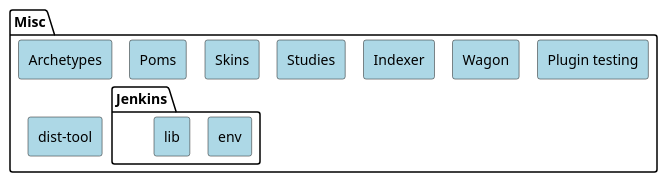
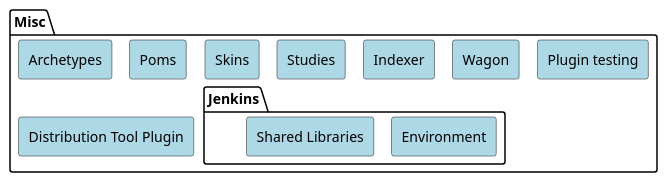
The diagram in src/plantuml/maven-sources/misc.puml (apache/maven-site), drawn with PlantUML before and after one commit. The commit also changed 1 other file, not shown here.

```diff
--- a/src/plantuml/maven-sources/misc.puml
+++ b/src/plantuml/maven-sources/misc.puml
@@ -19,48 +19,48 @@
 @startuml
 !pragma layout smetana
 
 <style>
     rectangle {
         BackgroundColor LightBlue
     }
 }
 </style>
 
 package Misc {
   rectangle Archetypes
   rectangle Poms
   rectangle Skins
   rectangle Studies
   rectangle Indexer
   rectangle Wagon
   rectangle "Plugin testing"
-  rectangle "dist-tool"
+  rectangle "Distribution Tool Plugin"
   package Jenkins {
-    rectangle env
-    rectangle lib
+    rectangle Environment
+    rectangle "Shared Libraries"
   }
 }
 
 'hidden dependencies to change layout
 Archetypes -[hidden]right-> Poms
 Poms -[hidden]right-> Skins
 Skins -[hidden]right-> Studies
 Studies -[hidden]right-> Indexer
 Indexer -[hidden]right-> Wagon
 Wagon -[hidden]right-> "Plugin testing"
 
-Archetypes -[hidden]down-> "dist-tool"
-"dist-tool" -[hidden]right-> Jenkins
+Archetypes -[hidden]down-> "Distribution Tool Plugin"
+"Distribution Tool Plugin" -[hidden]right-> Jenkins
 
 url of "Archetypes" is [[https://github.com/apache/maven-archetype]]
 url of Poms is [[https://github.com/apache/maven-parent]]
 url of Skins is [[https://github.com/apache/maven-skins]]
 url of Studies is [[https://github.com/apache/maven-studies]]
 url of Indexer is [[https://github.com/apache/maven-indexer]]
 url of Wagon is [[hhttps://github.com/apache/maven-wagon]]
 url of "Plugin testing" is [[https://github.com/apache/maven-plugin-testing]]
-url of "dist-tool" is [[https://github.com/apache/maven-dist-tool]]
-url of env is [[https://github.com/apache/maven-jenkins-env]]
-url of lib is [[https://github.com/apache/maven-jenkins-lib]]
+url of "Distribution Tool Plugin" is [[https://github.com/apache/maven-dist-tool]]
+url of Environment is [[https://github.com/apache/maven-jenkins-env]]
+url of "Shared Libraries" is [[https://github.com/apache/maven-jenkins-lib]]
 
 @enduml
```
